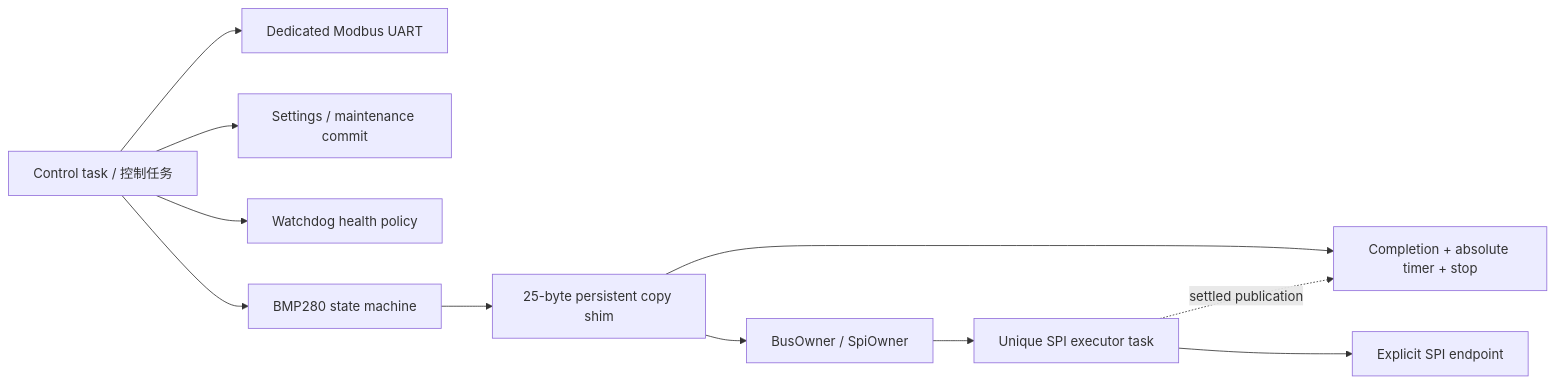
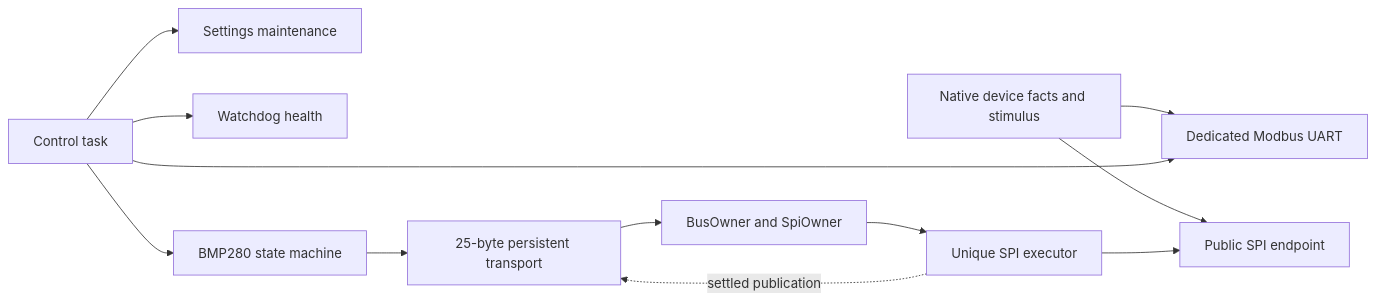
One commit to X-Gen-Lab/nexus-examples changed the diagram in apps/industrial_control/README.md. Above: the diagram before and after it, drawn with Mermaid. The commit also changed other lines of this file and 419 other files, not shown here.

````diff
--- a/apps/industrial_control/README.md
+++ b/apps/industrial_control/README.md
@@ -36,13 +45,14 @@
 ```mermaid
 flowchart LR
-    Control[Control task / 控制任务] --> UART[Dedicated Modbus UART]
-    Control --> Settings[Settings / maintenance commit]
-    Control --> Health[Watchdog health policy]
+    Model[Native device facts and stimulus] --> SPI[Public SPI endpoint]
+    Model --> UART[Dedicated Modbus UART]
+    Control[Control task] --> UART
+    Control --> Settings[Settings maintenance]
+    Control --> Health[Watchdog health]
     Control --> BMP[BMP280 state machine]
-    BMP --> Copy[25-byte persistent copy shim]
-    Copy --> Wait[Completion + absolute timer + stop]
-    Copy --> Owner[BusOwner / SpiOwner]
-    Owner --> Worker[Unique SPI executor task]
-    Worker --> SPI[Explicit SPI endpoint]
-    Worker -. settled publication .-> Wait
+    BMP --> Copy[25-byte persistent transport]
+    Copy --> Owner[BusOwner and SpiOwner]
+    Owner --> Worker[Unique SPI executor]
+    Worker --> SPI
+    Worker -. settled publication .-> Copy
 ```
````
